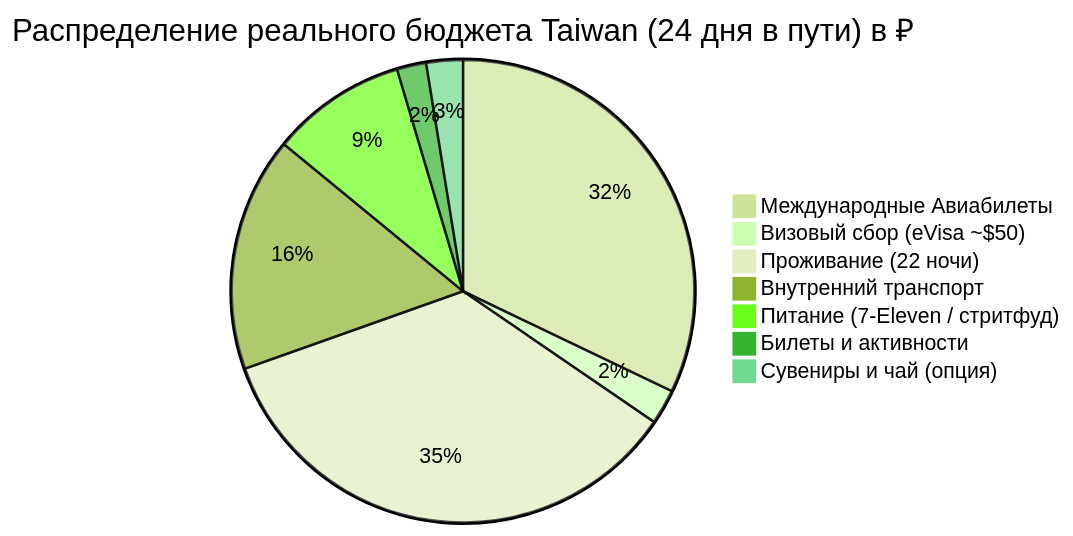
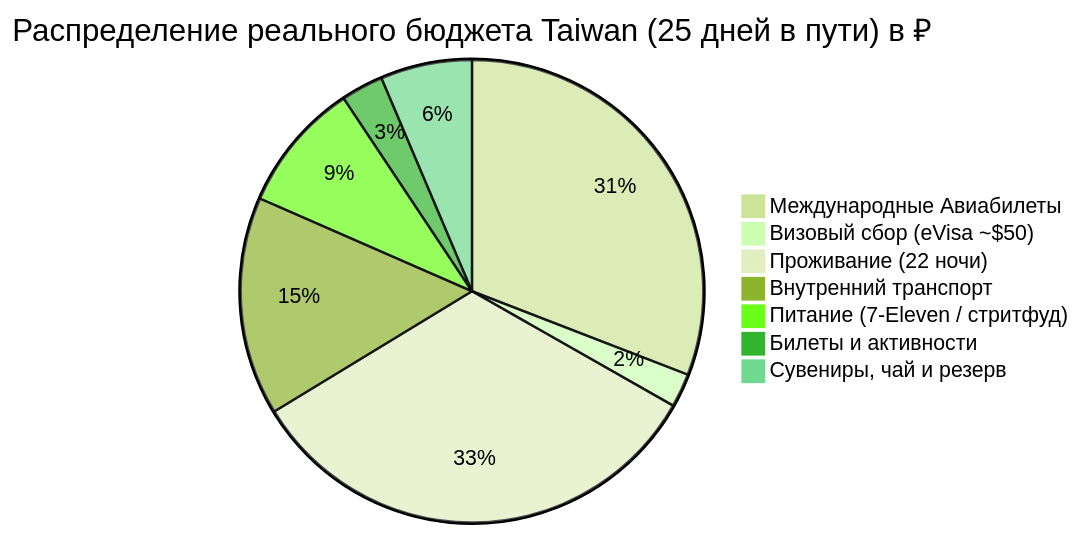
Before and after one commit to injurka/obsidian-mark: the diagram in Personal Note/Travel/-- Taiwan/04 - Финансы/Финансы.md, drawn with Mermaid (forest theme). The commit also changed other lines of this file and 156 other files, not shown here.

````diff
--- a/Personal Note/Travel/-- Taiwan/04 - Финансы/Финансы.md
+++ b/Personal Note/Travel/-- Taiwan/04 - Финансы/Финансы.md
@@ -12,10 +12,10 @@
 ```mermaid
-pie title Распределение реального бюджета Taiwan (24 дня в пути) в ₽
+pie title Распределение реального бюджета Taiwan (25 дней в пути) в ₽
     "Международные Авиабилеты" : 62793
     "Визовый сбор (eVisa ~$50)" : 4800
-    "Проживание (22 ночи)" : 68511
-    "Внутренний транспорт" : 32020
+    "Проживание (22 ночи)" : 67272
+    "Внутренний транспорт" : 31040
     "Питание (7-Eleven / стритфуд)" : 18500
-    "Билеты и активности" : 4000
-    "Сувениры и чай (опция)" : 5000
+    "Билеты и активности" : 6000
+    "Сувениры, чай и резерв" : 13000
 ```
````
